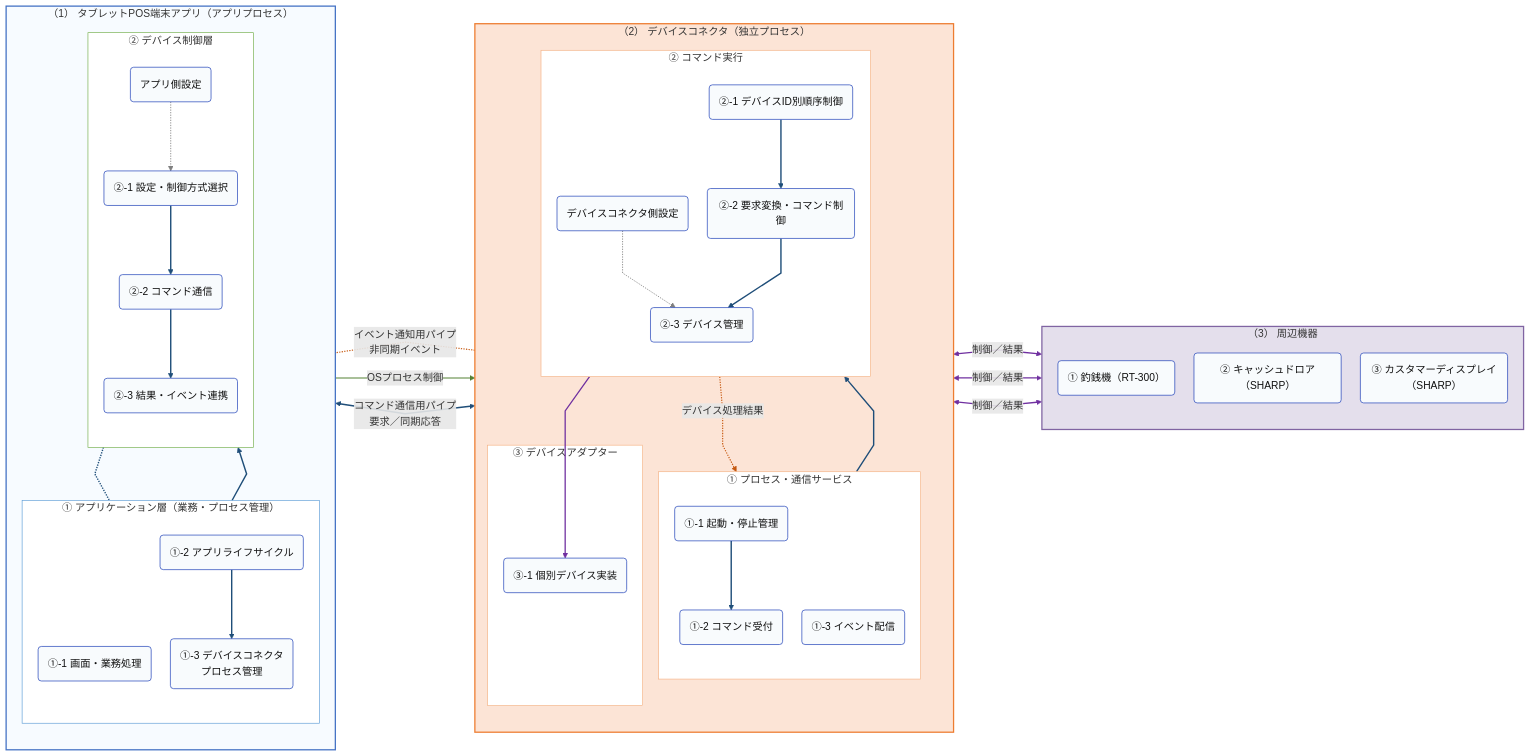
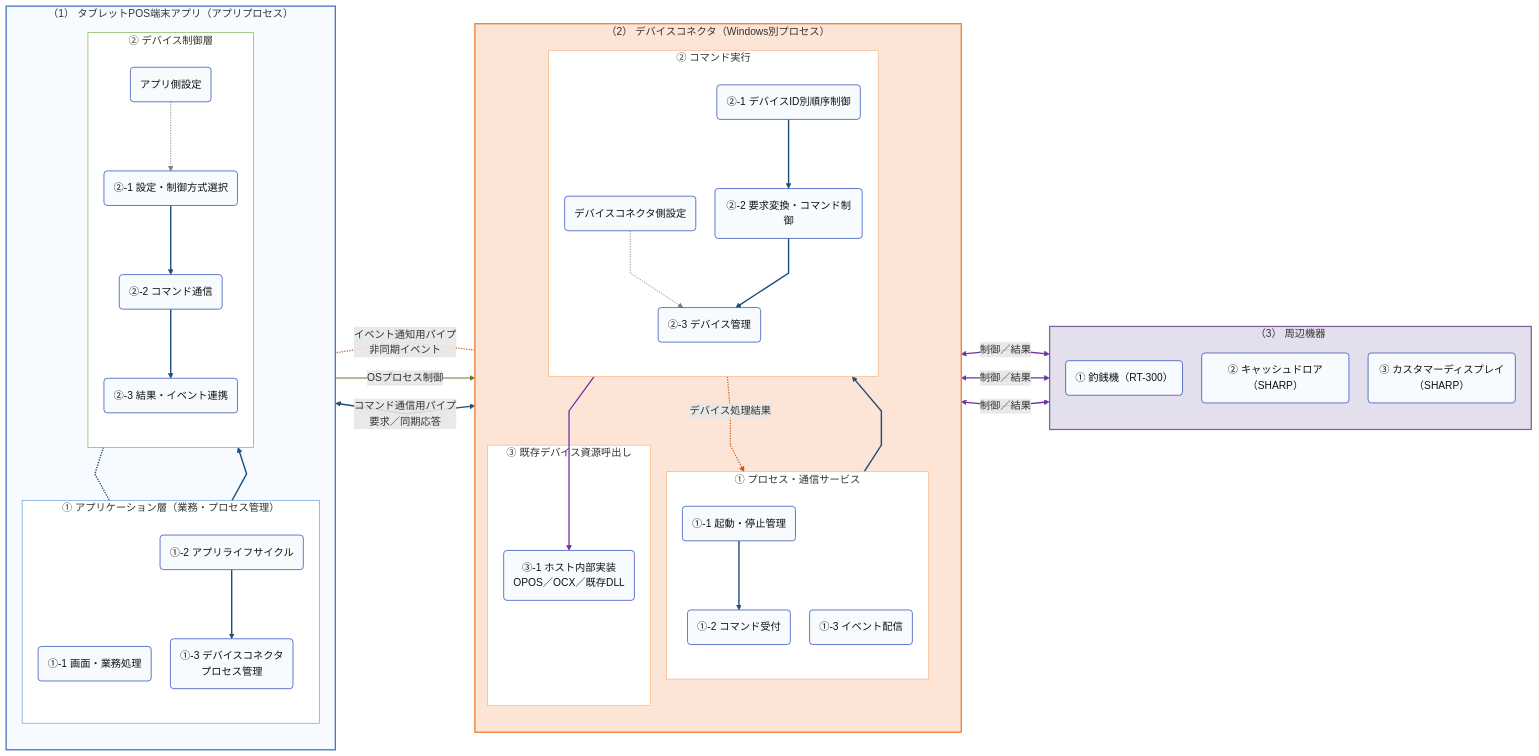
One commit to vti-sam/smj-ks-pos-stored changed the second of 3 diagrams in artifacts/reports/architecture/ARCH-HOST-01_タブレットPOS_デバイスコネクタ基本設計書/ARCH-HOST-01_タブレットPOS_デバイスコネクタ基本設計書.md. Above: the diagram before and after it, drawn with Mermaid. The commit also changed other lines of this file and 20 other files, not shown here.

````diff
--- a/artifacts/reports/architecture/ARCH-HOST-01_タブレットPOS_デバイスコネクタ基本設計書/ARCH-HOST-01_タブレットPOS_デバイスコネクタ基本設計書.md
+++ b/artifacts/reports/architecture/ARCH-HOST-01_タブレットPOS_デバイスコネクタ基本設計書/ARCH-HOST-01_タブレットPOS_デバイスコネクタ基本設計書.md
@@ -231,81 +243,81 @@
 ```mermaid
 %%{init: {"flowchart": {"defaultRenderer": "dagre", "curve": "linear", "nodeSpacing": 30, "rankSpacing": 58}}}%%
 flowchart RL
     subgraph APP["（1） タブレットPOS端末アプリ（アプリプロセス）"]
         direction TB
         subgraph APP_COORD["① アプリケーション層（業務・プロセス管理）"]
             direction TB
             BUSINESS("①-1 画面・業務処理")
             LIFECYCLE("①-2 アプリライフサイクル")
             PROCESS("①-3 デバイスコネクタ<br/>プロセス管理")
             LIFECYCLE --> PROCESS
         end
         subgraph APP_ACCESS["② デバイス制御層"]
             direction TB
             APP_SETTING("アプリ側設定")
             SELECT("②-1 設定・制御方式選択")
             COMMAND("②-2 コマンド通信")
             RESULT("②-3 結果・イベント連携")
             APP_SETTING -.-> SELECT
             SELECT --> COMMAND --> RESULT
         end
         BUSINESS --> SELECT
         RESULT -.- BUSINESS
     end
 
-    subgraph HOST["（2） デバイスコネクタ（独立プロセス）"]
+    subgraph HOST["（2） デバイスコネクタ（Windows別プロセス）"]
         direction TB
         subgraph HOST_SERVICE["① プロセス・通信サービス"]
             direction TB
             RUNTIME("①-1 起動・停止管理")
             SERVER("①-2 コマンド受付")
             EVENT("①-3 イベント配信")
             RUNTIME --> SERVER
         end
         subgraph HOST_EXEC["② コマンド実行"]
             direction TB
             HOST_SETTING("デバイスコネクタ側設定")
             ORDER("②-1 デバイスID別順序制御")
             CONTROL("②-2 要求変換・コマンド制御")
             MANAGER("②-3 デバイス管理")
             HOST_SETTING -.-> MANAGER
             ORDER --> CONTROL --> MANAGER
         end
-        subgraph HOST_ADAPTER["③ デバイスアダプター"]
-            ADAPTER("③-1 個別デバイス実装")
+        subgraph HOST_ADAPTER["③ 既存デバイス資源呼出し"]
+            ADAPTER("③-1 ホスト内部実装<br/>OPOS／OCX／既存DLL")
         end
         SERVER --> ORDER
         MANAGER --> ADAPTER
         MANAGER -.->|デバイス処理結果| EVENT
     end
 
     subgraph DEVICE["（3） 周辺機器"]
         direction TB
         CASH("① 釣銭機（RT-300）")
         DRAWER("② キャッシュドロア（SHARP）")
         DISPLAY("③ カスタマーディスプレイ（SHARP）")
     end
 
     PROCESS -->|OSプロセス制御| RUNTIME
     COMMAND <-->|コマンド通信用パイプ<br/>要求／同期応答| SERVER
     EVENT -.-|イベント通知用パイプ<br/>非同期イベント| RESULT
     CASH <-->|制御／結果| ADAPTER
     DRAWER <-->|制御／結果| ADAPTER
     DISPLAY <-->|制御／結果| ADAPTER
 
     classDef component fill:#F8FBFD,stroke:#0D32B2,color:#111111
     class BUSINESS,LIFECYCLE,PROCESS,APP_SETTING,SELECT,COMMAND,RESULT,RUNTIME,SERVER,EVENT,HOST_SETTING,ORDER,CONTROL,MANAGER,ADAPTER,CASH,DRAWER,DISPLAY component
     style APP fill:#F7FBFF,stroke:#4472C4,stroke-width:2px
     style APP_COORD fill:#FFFFFF,stroke:#5B9BD5
     style APP_ACCESS fill:#FFFFFF,stroke:#70AD47
     style HOST fill:#FCE4D6,stroke:#ED7D31,stroke-width:2px
     style HOST_SERVICE fill:#FFFFFF,stroke:#F4B183
     style HOST_EXEC fill:#FFFFFF,stroke:#F4B183
     style HOST_ADAPTER fill:#FFFFFF,stroke:#F4B183
     style DEVICE fill:#E4DFEC,stroke:#8064A2,stroke-width:2px
     linkStyle 0,2,3,4,5,6,8,9,10,14 stroke:#1F4E79,stroke-width:2.2px
     linkStyle 1,7 stroke:#7F7F7F,stroke-width:1.3px
     linkStyle 12,15 stroke:#C65911,stroke-width:1.8px
     linkStyle 13 stroke:#548235,stroke-width:1.8px
     linkStyle 11,16,17,18 stroke:#7030A0,stroke-width:2px
 ```
````
